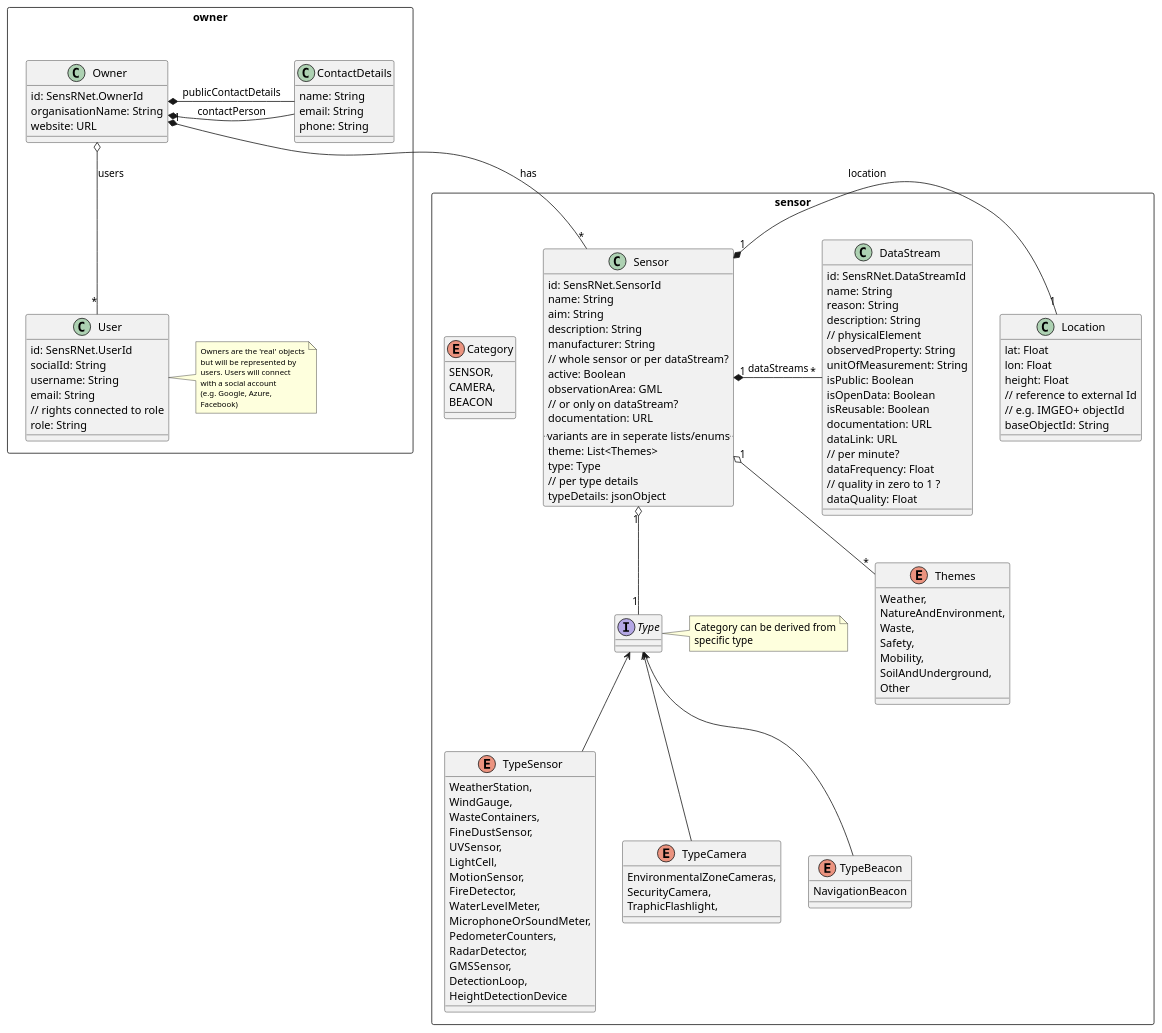
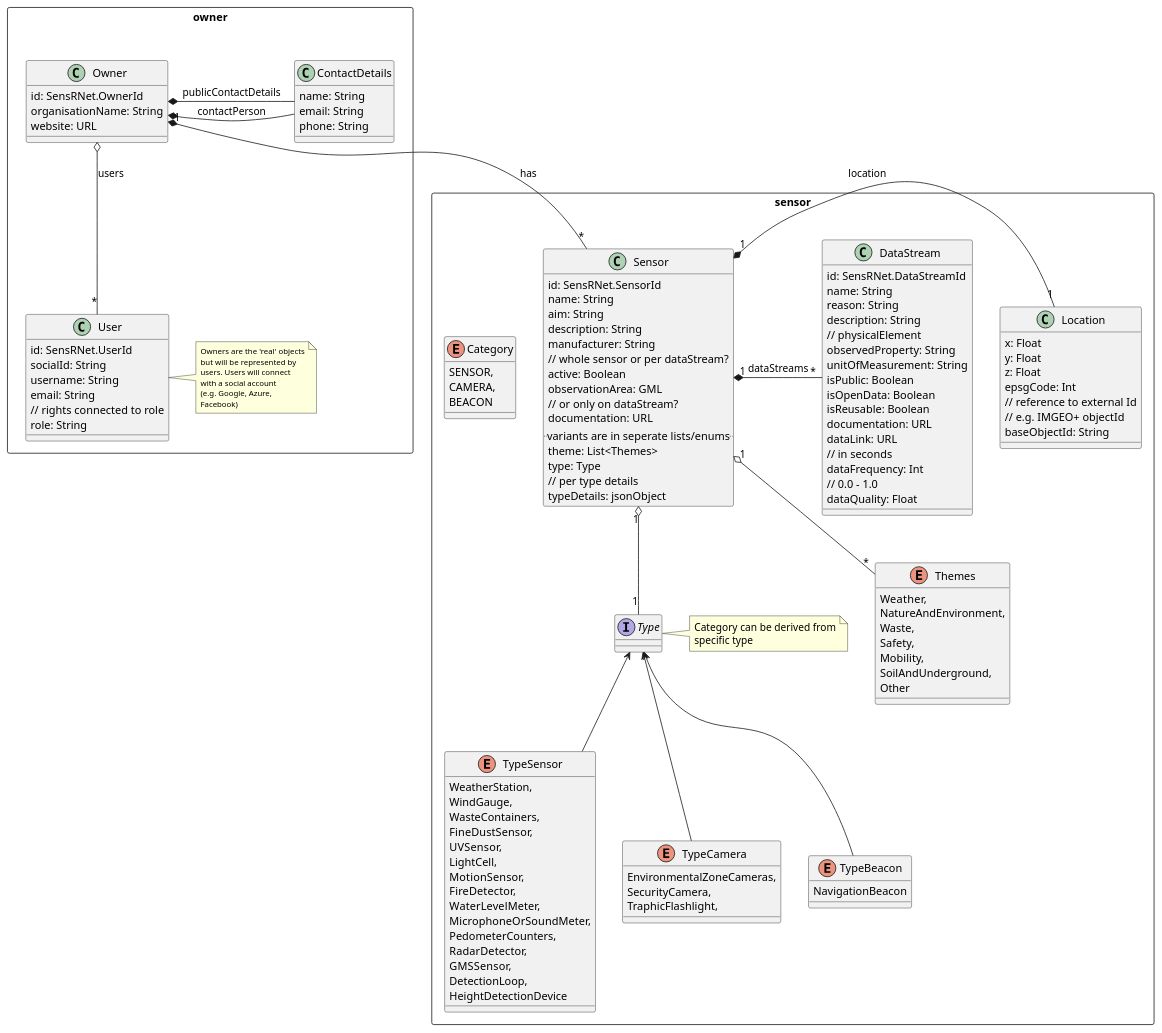
Before and after one commit to kadaster-labs/sensrnet-home: the diagram in src/model.puml, drawn with PlantUML. The commit also changed 1 other file, not shown here.

Commit message:
location from lon,lat to epsg

```diff
--- a/src/model.puml
+++ b/src/model.puml
@@ -1,152 +1,153 @@
 @startuml "SensRNet-UML-Model"
 
 package owner <<Rectangle>> {
     together {
         class Owner {
             id: SensRNet.OwnerId
             organisationName: String
             website: URL
         }
 
         class ContactDetails {
             name: String
             email: String
             phone: String
         }
 
         Owner *- ContactDetails : contactPerson
         Owner *- ContactDetails : publicContactDetails
     }
 
     class User {
         id: SensRNet.UserId
         socialId: String
         username: String
         email: String
         // rights connected to role
         role: String
     }
 
     note right
         <size:10>Owners are the 'real' objects</size>
         <size:10>but will be represented by</size>
         <size:10>users. Users will connect</size>
         <size:10>with a social account</size>
         <size:10>(e.g. Google, Azure, </size>
         <size:10>Facebook)</size>
     end note
 
     Owner o-- "*" User : users
 }
 
 package sensor <<Rectangle>> {
     class Sensor {
         id: SensRNet.SensorId
         name: String
         aim: String
         description: String
         manufacturer: String
         // whole sensor or per dataStream?
         active: Boolean 
         observationArea: GML
         // or only on dataStream?
         documentation: URL
         .. variants are in seperate lists/enums ..
         theme: List<Themes>
         type: Type
         // per type details
         typeDetails: jsonObject
     }
 
     interface Type
 
     note left
         Category can be derived from
         specific type
     end note
 
     enum Category {
         SENSOR,
         CAMERA,
         BEACON
     }
 
     enum Themes {
         Weather,
         NatureAndEnvironment,
         Waste,
         Safety,
         Mobility,
         SoilAndUnderground,
         Other
     }
 
     enum TypeSensor {
         WeatherStation,
         WindGauge,
         WasteContainers,
         FineDustSensor,
         UVSensor,
         LightCell,
         MotionSensor,
         FireDetector,
         WaterLevelMeter,
         MicrophoneOrSoundMeter,
         PedometerCounters,
         RadarDetector,
         GMSSensor,
         DetectionLoop,
         HeightDetectionDevice
     }
 
     enum TypeCamera {
         EnvironmentalZoneCameras,
         SecurityCamera,
         TraphicFlashlight,
     }
 
     enum TypeBeacon {
         NavigationBeacon
     }
 
     class Location {
-        lat: Float
-        lon: Float
-        height: Float
+        x: Float
+        y: Float
+        z: Float
+        epsgCode: Int
         // reference to external Id
         // e.g. IMGEO+ objectId
         baseObjectId: String
     }
 
     class DataStream {
         id: SensRNet.DataStreamId
         name: String
         reason: String
         description: String
         // physicalElement
         observedProperty: String
         unitOfMeasurement: String
         isPublic: Boolean
         isOpenData: Boolean
         isReusable: Boolean
         documentation: URL
         dataLink: URL
-        // per minute?
-        dataFrequency: Float
-        // quality in zero to 1 ?
+        // in seconds
+        dataFrequency: Int
+        // 0.0 - 1.0
         dataQuality: Float
     }
 
     Sensor "1" *- "1" Location : location
     Sensor "1" *- "*" DataStream : dataStreams
 
     Sensor "1" o-- "*" Themes
     Sensor "1" o-- "1" Type
     Type <-- TypeSensor
     Type <-- TypeBeacon
     Type <-- TypeCamera
 }
 
 Owner "1" *-- "*" Sensor : has
 
 @enduml
```
